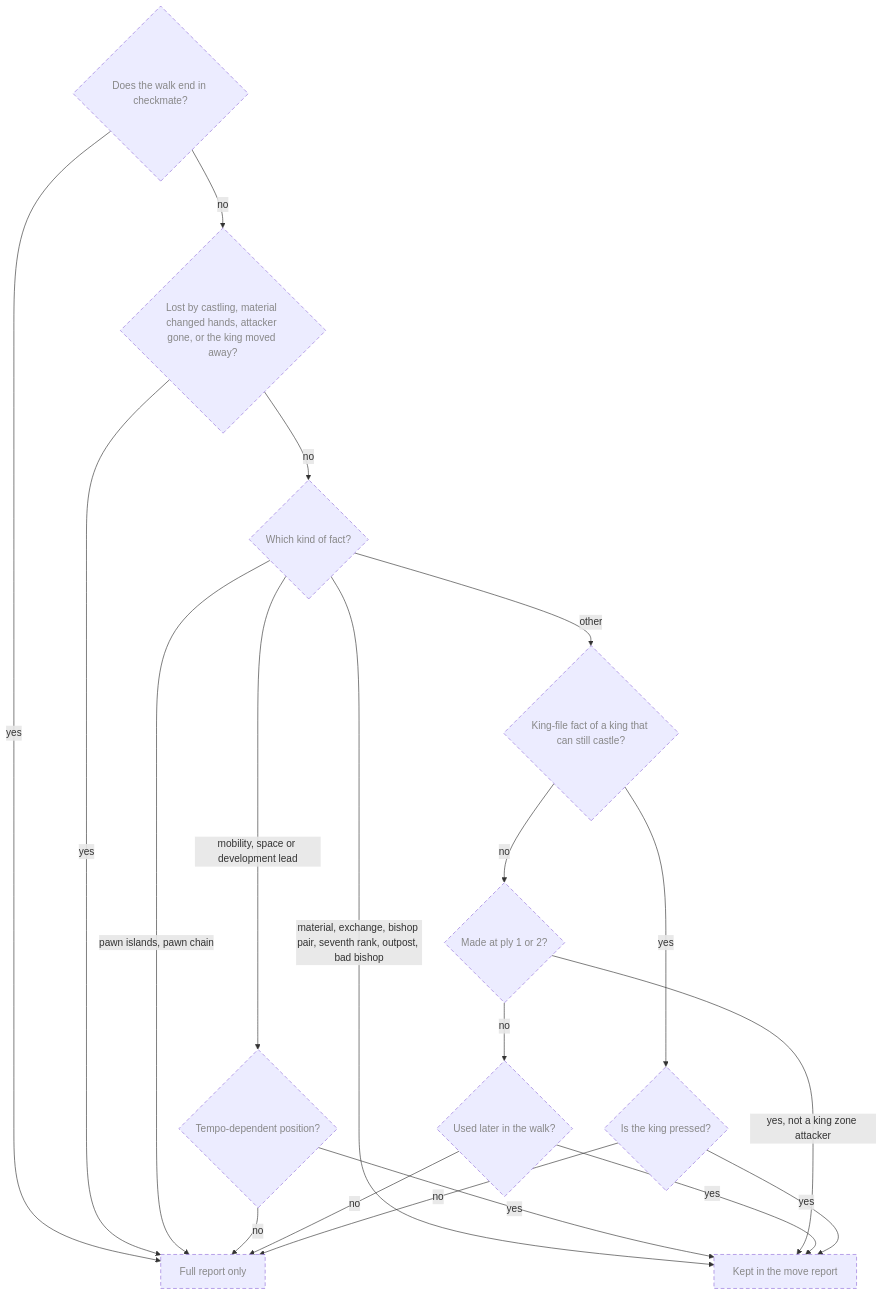
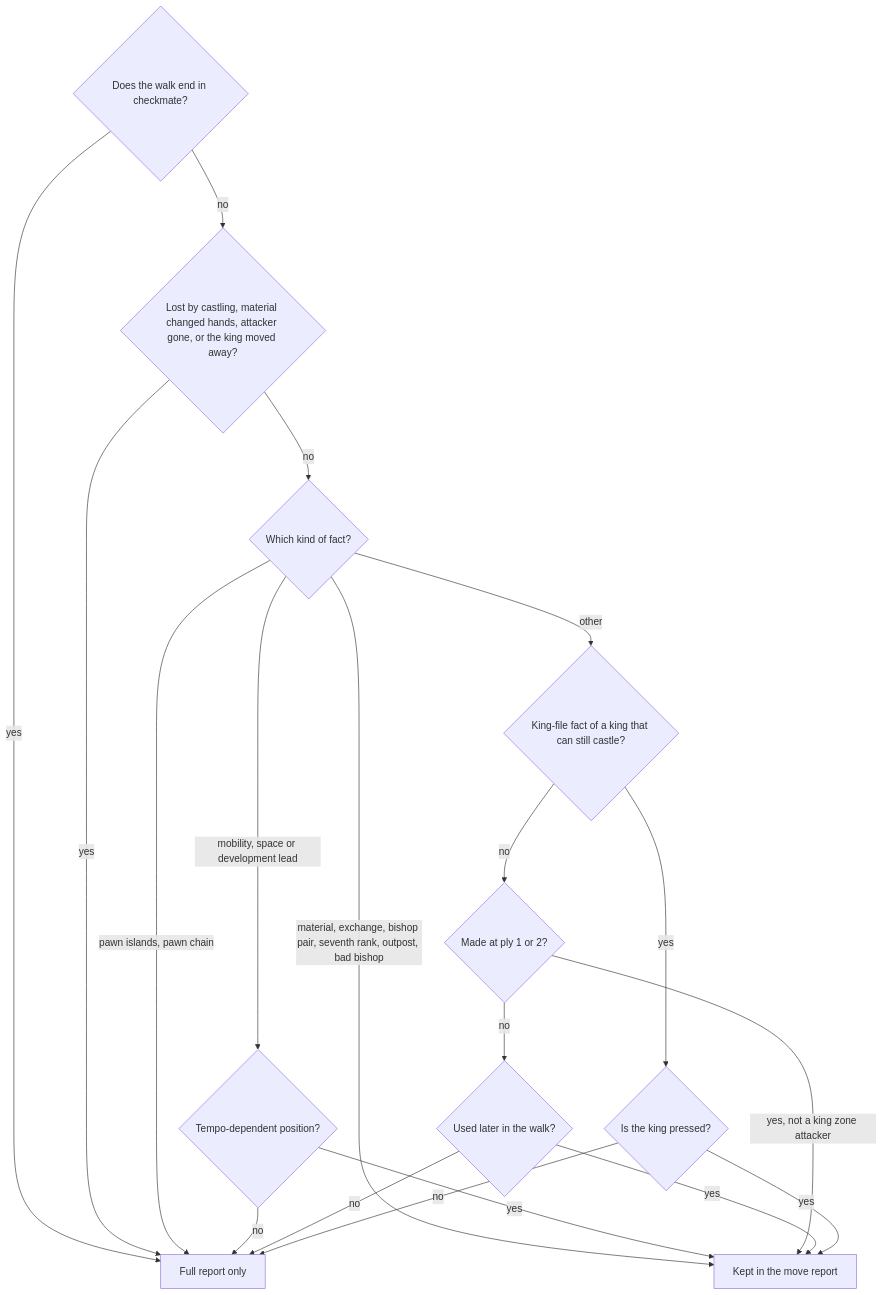
Diagram 23 of 25 in Planning/DBC/CONCEPTS.md (aurja/ChessWhy), drawn with Mermaid before and after one commit. The commit also changed other lines of this file and 39 other files, not shown here.

````diff
--- a/Planning/DBC/CONCEPTS.md
+++ b/Planning/DBC/CONCEPTS.md
@@ -1047,35 +1043,34 @@
 ```mermaid
 flowchart TD
     UtMate{"Does the walk end in checkmate?"}
     UtContext{"Lost by castling, material changed hands, attacker gone, or the king moved away?"}
     UtKind{"Which kind of fact?"}
     UtLead{"Tempo-dependent position?"}
     UtCastle{"King-file fact of a king that can still castle?"}
     UtOwn{"Made at ply 1 or 2?"}
     UtUsed{"Used later in the walk?"}
     UtPressed{"Is the king pressed?"}
     UtKeep["Kept in the move report"]
     UtCut["Full report only"]
     UtMate -->|yes| UtCut
     UtMate -->|no| UtContext
     UtContext -->|yes| UtCut
     UtContext -->|no| UtKind
     UtKind -->|material, exchange, bishop pair, seventh rank, outpost, bad bishop| UtKeep
     UtKind -->|pawn islands, pawn chain| UtCut
     UtKind -->|mobility, space or development lead| UtLead
     UtKind -->|other| UtCastle
     UtLead -->|yes| UtKeep
     UtLead -->|no| UtCut
     UtCastle -->|yes| UtPressed
     UtCastle -->|no| UtOwn
     UtOwn -->|yes, not a king zone attacker| UtKeep
     UtOwn -->|no| UtUsed
     UtUsed -->|yes| UtKeep
     UtUsed -->|no| UtCut
     UtPressed -->|yes| UtKeep
     UtPressed -->|no| UtCut
     classDef planned stroke-dasharray:6 4,color:#888
     classDef partial stroke-dasharray:2 2
     classDef external stroke-dasharray:1 3,color:#999
-    class UtMate,UtContext,UtKind,UtLead,UtCastle,UtOwn,UtUsed,UtPressed,UtKeep,UtCut planned
 ```
````
